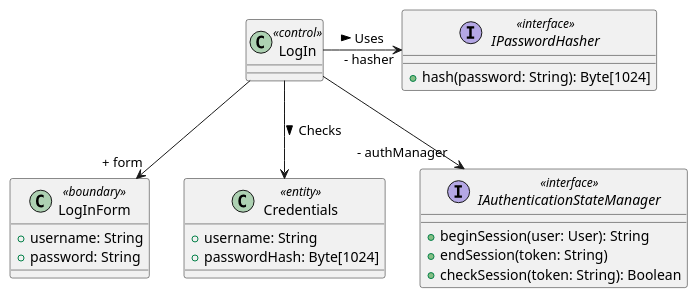
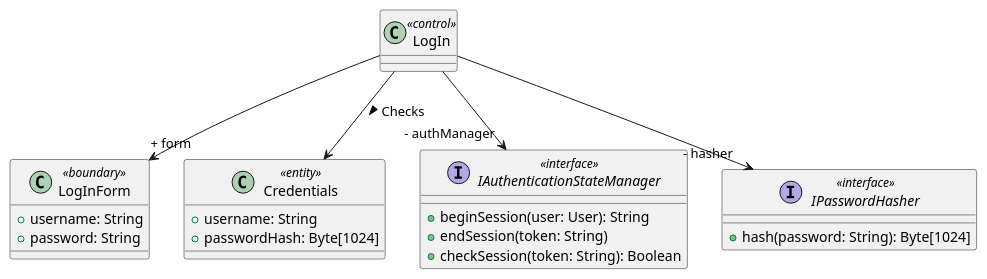
One commit to bmb0136/COMP-3700-Project changed the second of 2 diagrams in Use Cases/LogIn.iuml. Above: the diagram before and after it, drawn with PlantUML.

Commit message:
remove role from LogIn > IPasswordHasher

```diff
--- a/Use Cases/LogIn.iuml
+++ b/Use Cases/LogIn.iuml
@@ -28,23 +28,23 @@
 @startuml Log In Object Model
 class LogIn <<control>> {}
 class LogInForm <<boundary>> {
   + username: String
   + password: String
 }
 class Credentials <<entity>> {
   + username: String
   + passwordHash: Byte[1024]
 }
 interface IAuthenticationStateManager <<interface>> {
   + beginSession(user: User): String
   + endSession(token: String)
   + checkSession(token: String): Boolean
 }
 interface IPasswordHasher <<interface>> {
   + hash(password: String): Byte[1024]
 }
 LogIn --> "+ form" LogInForm
 LogIn --> Credentials : Checks >
-LogIn -> "- hasher" IPasswordHasher : Uses >
+LogIn --> "- hasher" IPasswordHasher
 LogIn --> "- authManager" IAuthenticationStateManager
 @enduml
```
